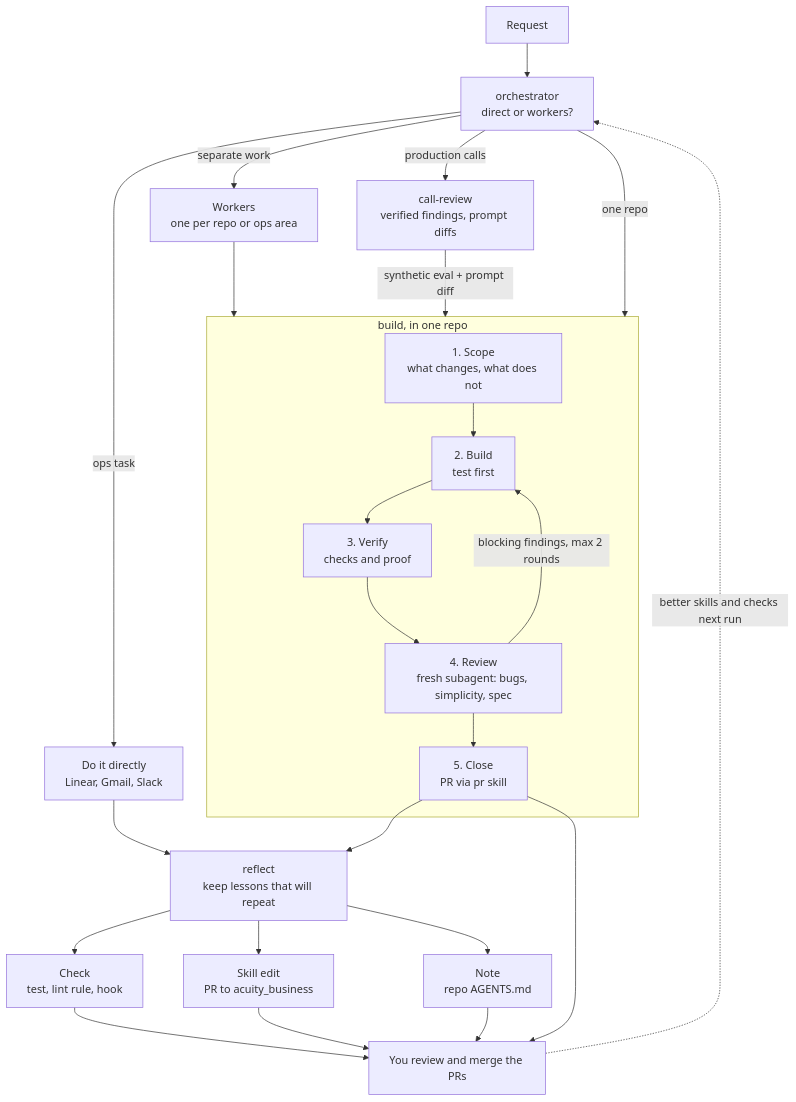
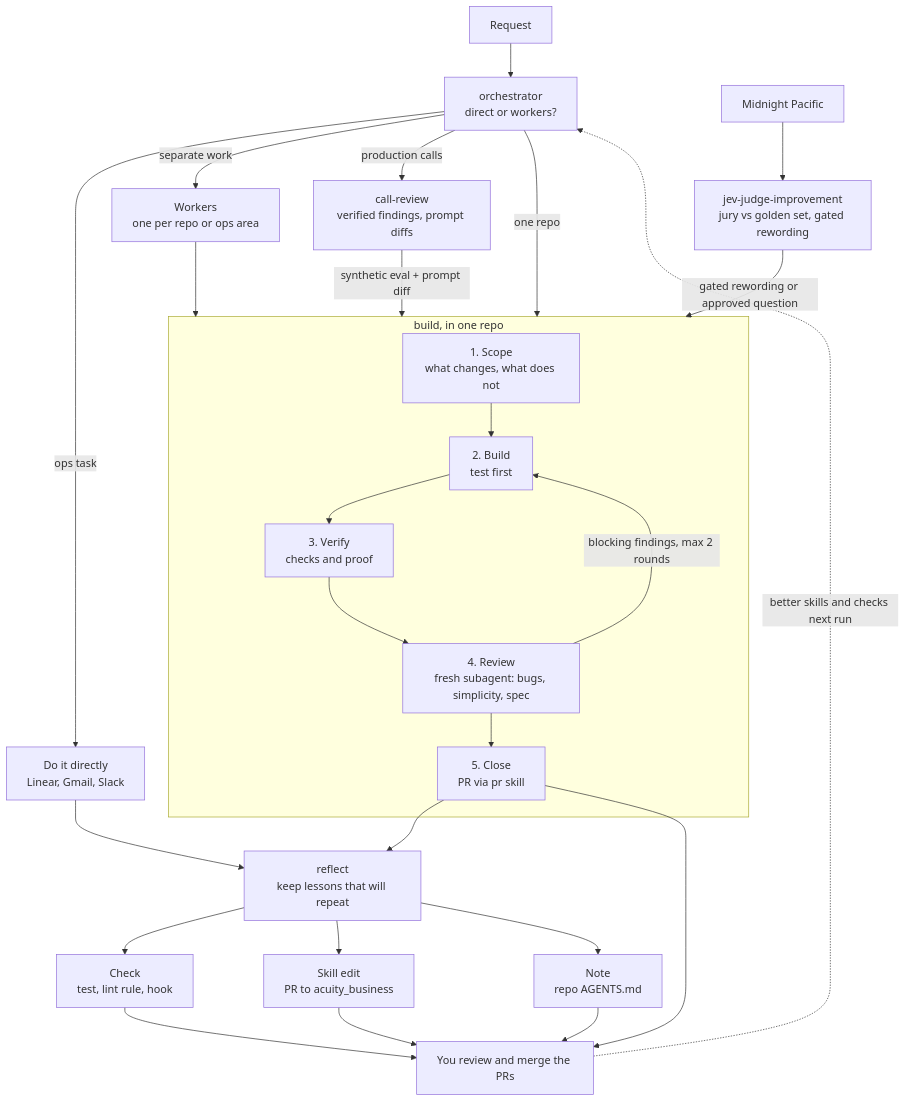
The diagram in README.md (chasef07/acuity_business), drawn with Mermaid before and after one commit. The commit also changed other lines of this file and 4 other files, not shown here.

Commit message:
feat(jev-judge-improvement): nightly judge backtest on every golden set, gated rewording, and 10-call question themes

````diff
--- a/README.md
+++ b/README.md
@@ -8,30 +8,32 @@
 ```mermaid
 flowchart TD
     REQ["Request"] --> ORC["orchestrator<br/>direct or workers?"]
     ORC -->|"ops task"| OPS["Do it directly<br/>Linear, Gmail, Slack"]
     ORC -->|"one repo"| BUILD
     ORC -->|"separate work"| WRK["Workers<br/>one per repo or ops area"]
     ORC -->|"production calls"| CALLS["call-review<br/>verified findings, prompt diffs"]
     WRK --> BUILD
     CALLS -->|"synthetic eval + prompt diff"| BUILD
+    NIGHT["Midnight Pacific"] --> JEV["jev-judge-improvement<br/>jury vs golden set, gated rewording"]
+    JEV -->|"gated rewording or approved question"| BUILD
 
     subgraph BUILD["build, in one repo"]
         SCOPE["1. Scope<br/>what changes, what does not"] --> CODE["2. Build<br/>test first"]
         CODE --> VERIFY["3. Verify<br/>checks and proof"]
         VERIFY --> REVIEW["4. Review<br/>fresh subagent: bugs, simplicity, spec"]
         REVIEW -->|"blocking findings, max 2 rounds"| CODE
         REVIEW --> CLOSE["5. Close<br/>PR via pr skill"]
     end
 
     OPS --> REFLECT
     CLOSE --> REFLECT["reflect<br/>keep lessons that will repeat"]
     REFLECT --> CHECK["Check<br/>test, lint rule, hook"]
     REFLECT --> SKILL["Skill edit<br/>PR to acuity_business"]
     REFLECT --> NOTE["Note<br/>repo AGENTS.md"]
 
     CLOSE --> YOU["You review and merge the PRs"]
     CHECK --> YOU
     SKILL --> YOU
     NOTE --> YOU
     YOU -.->|"better skills and checks next run"| ORC
 ```
````
